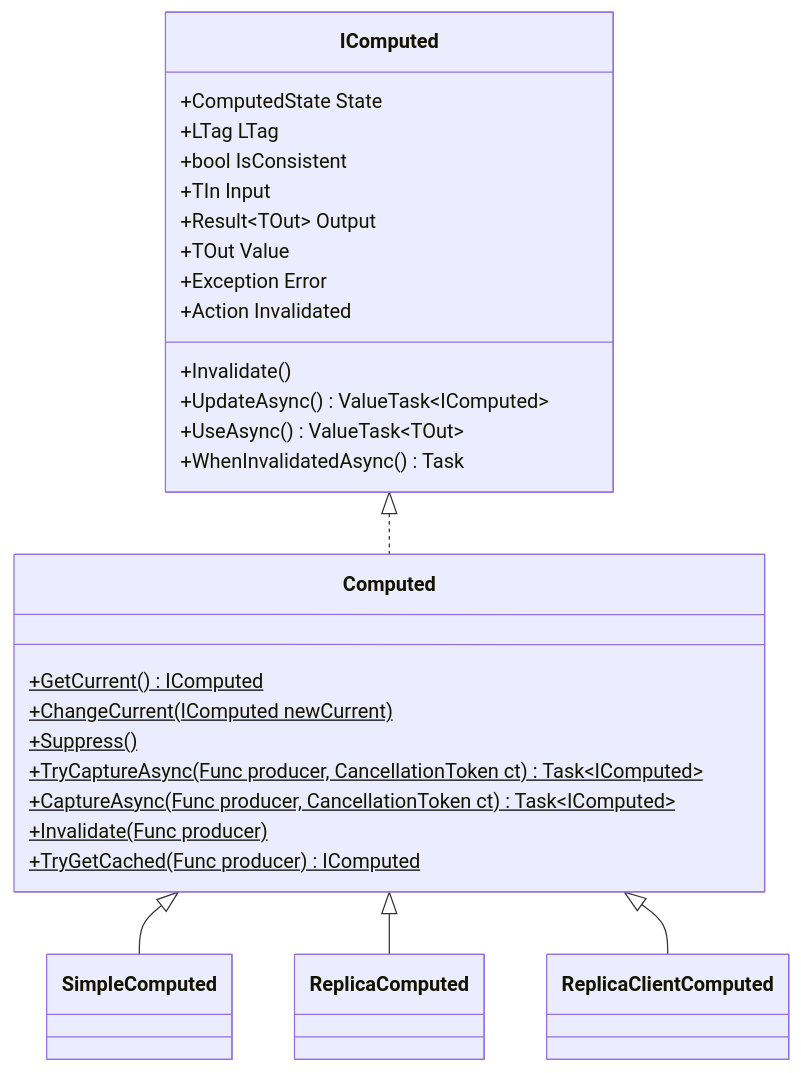
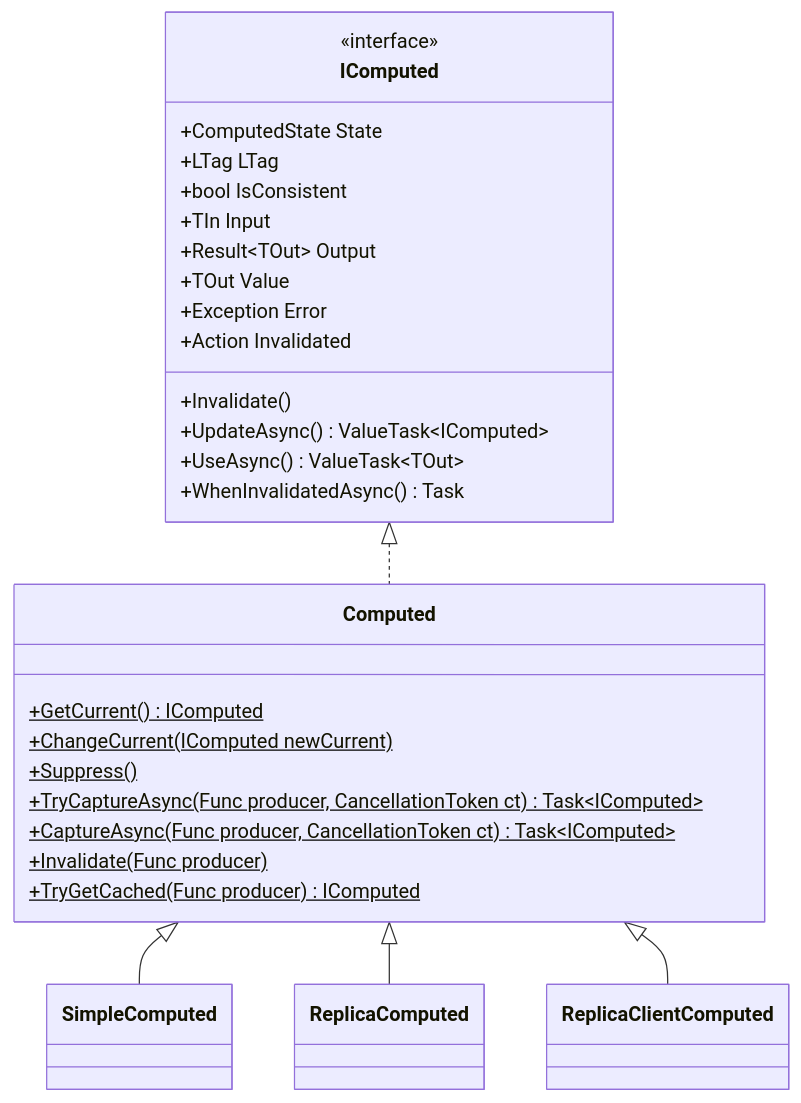
The diagram in docs/img-src/Computed-Classes.mmd (servicetitan/Stl.Fusion), drawn with Mermaid before and after one commit. The commit also changed 61 other files, not shown here.

Commit message:
doc: Update diagrams

```diff
--- a/docs/img-src/Computed-Classes.mmd
+++ b/docs/img-src/Computed-Classes.mmd
@@ -1,29 +1,30 @@
 classDiagram
   IComputed <|.. Computed
   Computed <|-- SimpleComputed
   Computed <|-- ReplicaComputed
   Computed <|-- ReplicaClientComputed
+  <<interface>> IComputed
   class IComputed {
     +ComputedState State
     +LTag LTag
     +bool IsConsistent
     +TIn Input
     +Result~TOut~ Output
     +TOut Value
     +Exception Error
     +Action Invalidated
 
     +Invalidate()
     +UpdateAsync() ValueTask~IComputed~
     +UseAsync() ValueTask~TOut~
     +WhenInvalidatedAsync() Task
   }
   class Computed {
     +GetCurrent()$ IComputed
     +ChangeCurrent(IComputed newCurrent)$
     +Suppress()$
     +TryCaptureAsync(Func producer, CancellationToken ct)$ Task~IComputed~
     +CaptureAsync(Func producer, CancellationToken ct)$ Task~IComputed~
     +Invalidate(Func producer)$
     +TryGetCached(Func producer)$ IComputed
   }
```
